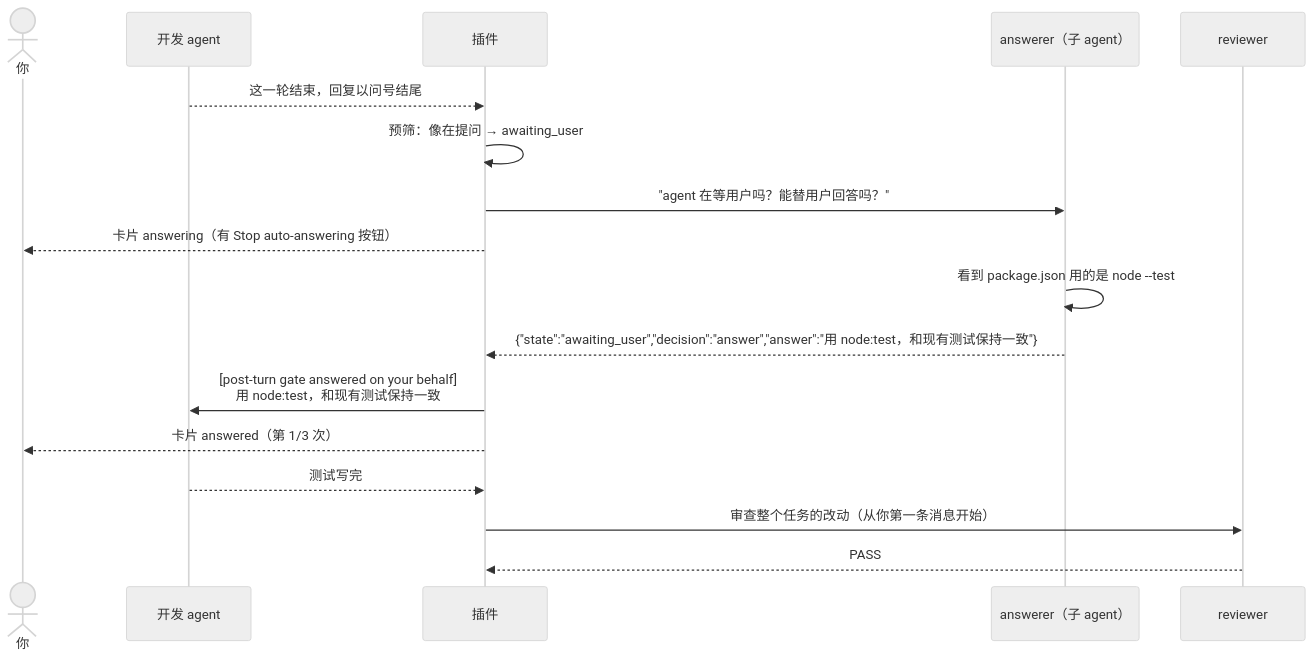
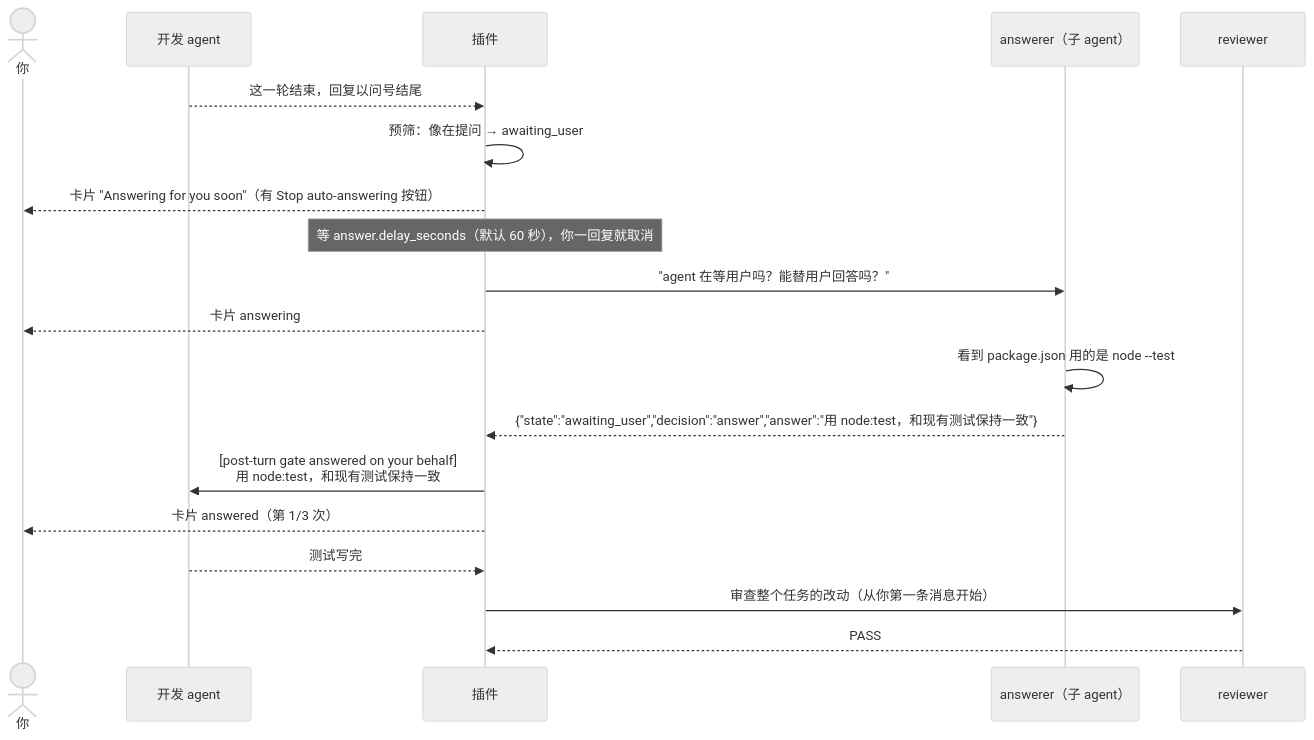
Before and after one commit to XUJiahua/paseo-post-turn-gate-plugin: the sixth of 12 diagrams in docs/workflow.md, drawn with Mermaid (neutral theme). The commit also changed other lines of this file and 15 other files, not shown here.

````diff
--- a/docs/workflow.md
+++ b/docs/workflow.md
@@ -151,20 +156,22 @@
 ```mermaid
 sequenceDiagram
   actor 你
   participant A as 开发 agent
   participant G as 插件
   participant Q as answerer（子 agent）
   participant R as reviewer
 
   A-->>G: 这一轮结束，回复以问号结尾
   G->>G: 预筛：像在提问 → awaiting_user
+  G-->>你: 卡片 "Answering for you soon"（有 Stop auto-answering 按钮）
+  Note over G: 等 answer.delay_seconds（默认 60 秒），你一回复就取消
   G->>Q: "agent 在等用户吗？能替用户回答吗？"
-  G-->>你: 卡片 answering（有 Stop auto-answering 按钮）
+  G-->>你: 卡片 answering
   Q->>Q: 看到 package.json 用的是 node --test
   Q-->>G: {"state":"awaiting_user","decision":"answer","answer":"用 node:test，和现有测试保持一致"}
   G->>A: [post-turn gate answered on your behalf]<br/>用 node:test，和现有测试保持一致
   G-->>你: 卡片 answered（第 1/3 次）
   A-->>G: 测试写完
   G->>R: 审查整个任务的改动（从你第一条消息开始）
   R-->>G: PASS
 ```
````
